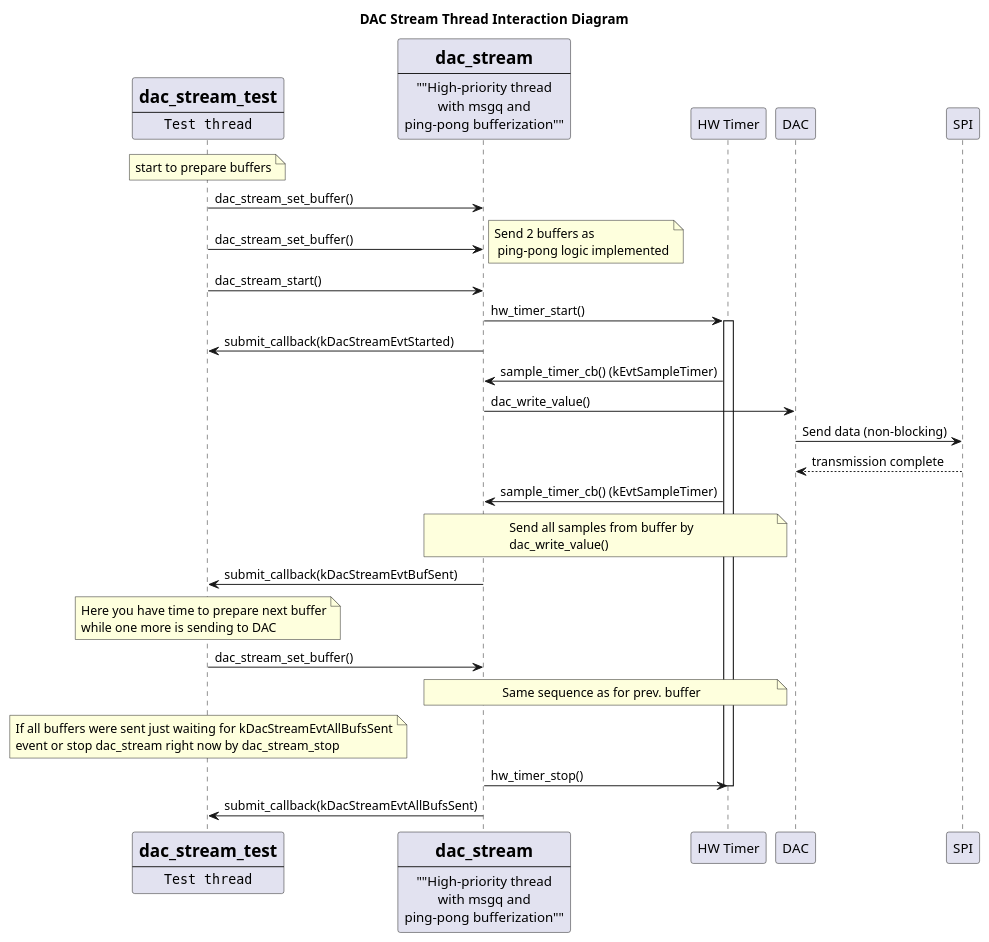
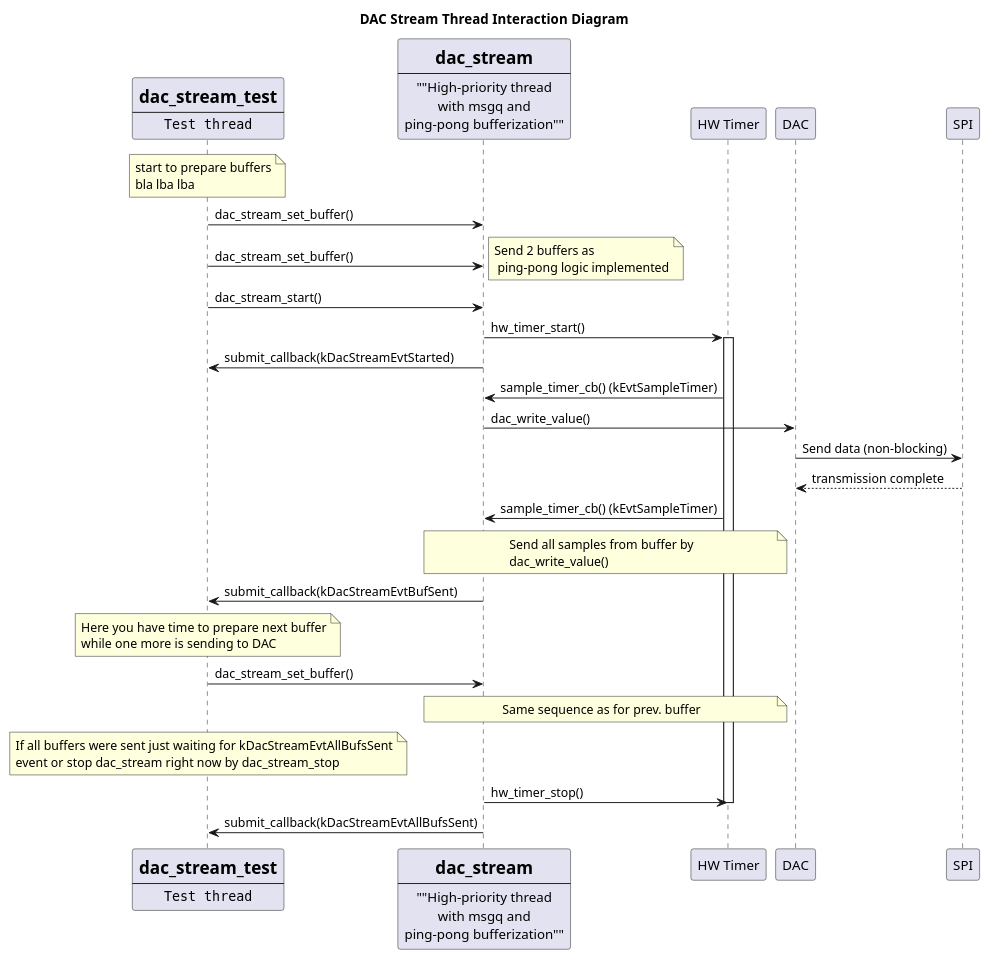
One commit to aleksejshch/puml-rendering-test changed the diagram in docs/dac_stream_test_interaction.puml. Above: the diagram before and after it, drawn with PlantUML.

Commit message:
change puml

```diff
--- a/docs/dac_stream_test_interaction.puml
+++ b/docs/dac_stream_test_interaction.puml
@@ -1,57 +1,58 @@
 @startuml
 title DAC Stream Thread Interaction Diagram
 
 participant TestThread [
 =dac_stream_test
 ----
 ""Test thread""
 ]
 participant StreamThread [
 =dac_stream
 ----
 ""High-priority thread
 with msgq and
 ping-pong bufferization""
 ]
 participant "HW Timer" as Timer
 participant "DAC" as DAC
 participant "SPI" as SPI
 
 note over TestThread
 start to prepare buffers
+bla lba lba
 end note
 TestThread -> StreamThread : dac_stream_set_buffer()
 TestThread -> StreamThread : dac_stream_set_buffer()
 note right: Send 2 buffers as \n ping-pong logic implemented
 TestThread -> StreamThread : dac_stream_start()
 StreamThread -> Timer : hw_timer_start()
 activate Timer
 StreamThread -> TestThread : submit_callback(kDacStreamEvtStarted)
 Timer -> StreamThread : sample_timer_cb() (kEvtSampleTimer)
 StreamThread -> DAC : dac_write_value()
 DAC -> SPI : Send data (non-blocking)
 SPI --> DAC : transmission complete
 Timer -> StreamThread : sample_timer_cb() (kEvtSampleTimer)
 note over StreamThread, Timer
 Send all samples from buffer by
 dac_write_value()
 end note
 StreamThread -> TestThread : submit_callback(kDacStreamEvtBufSent)
 note over TestThread
 Here you have time to prepare next buffer
 while one more is sending to DAC
 end note
 TestThread -> StreamThread : dac_stream_set_buffer()
 note over StreamThread, Timer
 Same sequence as for prev. buffer
 end note
 note over TestThread
 If all buffers were sent just waiting for kDacStreamEvtAllBufsSent
 event or stop dac_stream right now by dac_stream_stop
 end note
 StreamThread -> Timer : hw_timer_stop()
 deactivate Timer 
 StreamThread -> TestThread : submit_callback(kDacStreamEvtAllBufsSent)
 
 
 @enduml
```
